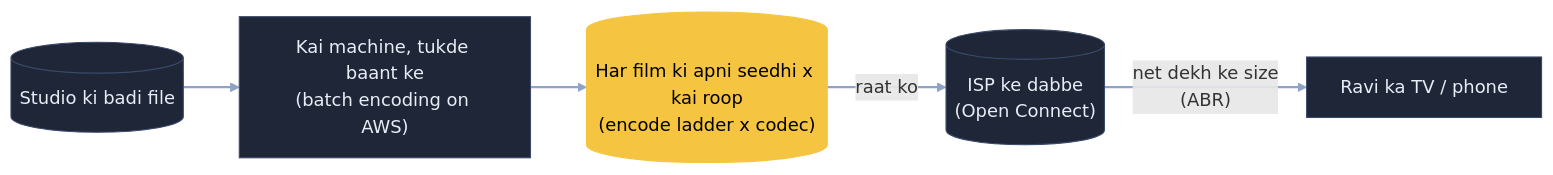
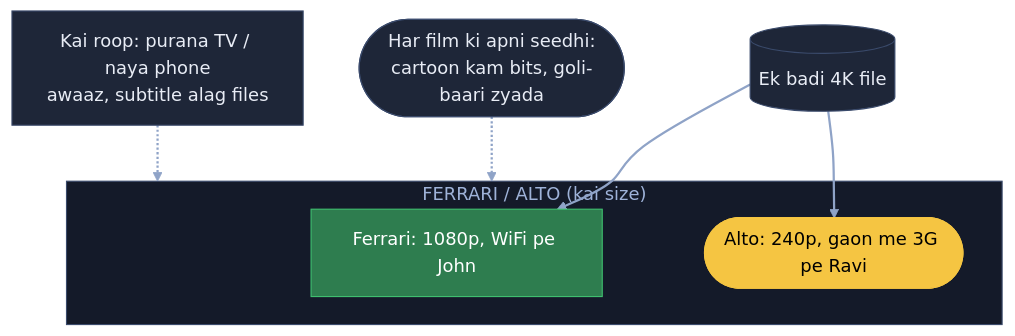
One commit to ArpanMaheshwari144/Prep changed the third of 7 diagrams in 04_HLD/SYSTEM_DESIGNS/18_netflix/18_netflix.md. Above: the diagram before and after it, drawn with Mermaid. The commit also changed other lines of this file, not shown here.

Commit message:
Netflix: 7 diagram hand notes ke shabdon se (apne shehar me file, pen drive, guard, parchi, game parlour)

````diff
--- a/04_HLD/SYSTEM_DESIGNS/18_netflix/18_netflix.md
+++ b/04_HLD/SYSTEM_DESIGNS/18_netflix/18_netflix.md
@@ -96,11 +112,20 @@
 ```mermaid
-flowchart LR
-    F[("Studio ki badi file")] --> W["Kai machine, tukde baant ke<br/>(batch encoding on AWS)"]
-    W --> L[("Har film ki apni seedhi x kai roop<br/>(encode ladder x codec)")]
-    L -- "raat ko" --> B[("ISP ke dabbe<br/>(Open Connect)")]
-    B -- "net dekh ke size<br/>(ABR)" --> R["Ravi ka TV / phone"]
-    class L hl
-    classDef default fill:#1e2638,stroke:#3a4a6b,color:#e8ecf5
-    classDef hl fill:#f5c542,stroke:#f5c542,color:#000
+flowchart TB
+    V[("Ek badi 4K file")]:::card
+    subgraph FA["FERRARI / ALTO (kai size)"]
+        F["Ferrari: 1080p, WiFi pe John"]:::good
+        A(["Alto: 240p, gaon me 3G pe Ravi"]):::pill
+    end
+    SD(["Har film ki apni seedhi:<br/>cartoon kam bits, goli-baari zyada"]):::card
+    RP["Kai roop: purana TV / naya phone<br/>awaaz, subtitle alag files"]:::card
+    V --> F
+    V --> A
+    SD -.-> FA
+    RP -.-> FA
     linkStyle default stroke:#8fa3c7,stroke-width:2px
+    classDef card fill:#1e2638,stroke:#3a4a6b,color:#e8ecf5
+    classDef pill fill:#f5c542,stroke:#f5c542,color:#000
+    classDef good fill:#2e7d4f,stroke:#3fbf6f,color:#fff
+    classDef bad fill:#5c1f24,stroke:#e05561,color:#fff
+    style FA fill:#141a29,stroke:#3a4a6b,color:#9fb3d9
 ```
````
